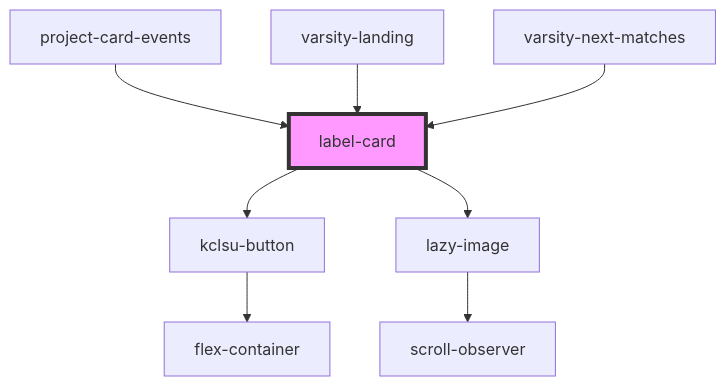
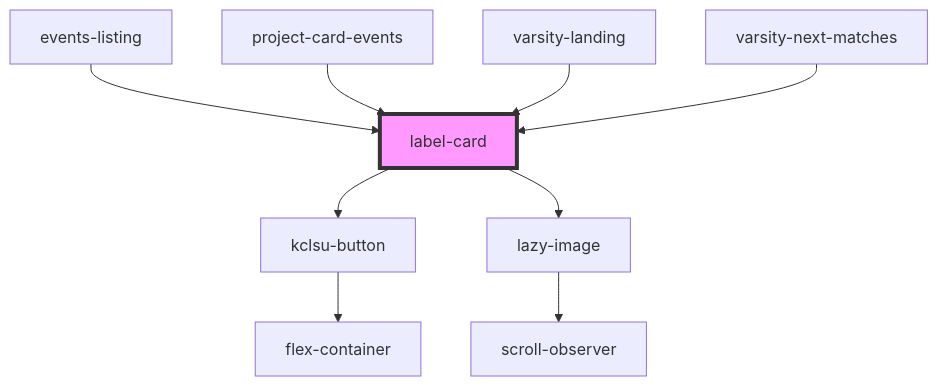
The diagram in src/components/cards/label-card/readme.md (dev-kylo/component_library), drawn with Mermaid before and after one commit. The commit also changed other lines of this file and 16 other files, not shown here.

````diff
--- a/src/components/cards/label-card/readme.md
+++ b/src/components/cards/label-card/readme.md
@@ -41,11 +42,12 @@
 ```mermaid
 graph TD;
   label-card --> kclsu-button
   label-card --> lazy-image
   kclsu-button --> flex-container
   lazy-image --> scroll-observer
+  events-listing --> label-card
   project-card-events --> label-card
   varsity-landing --> label-card
   varsity-next-matches --> label-card
   style label-card fill:#f9f,stroke:#333,stroke-width:4px
 ```
````
